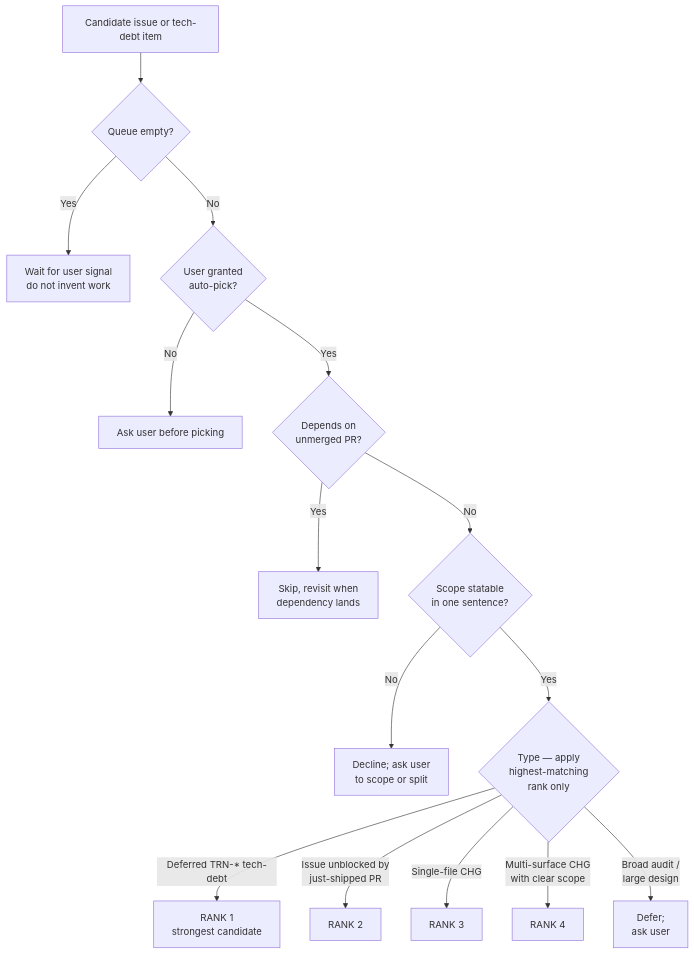
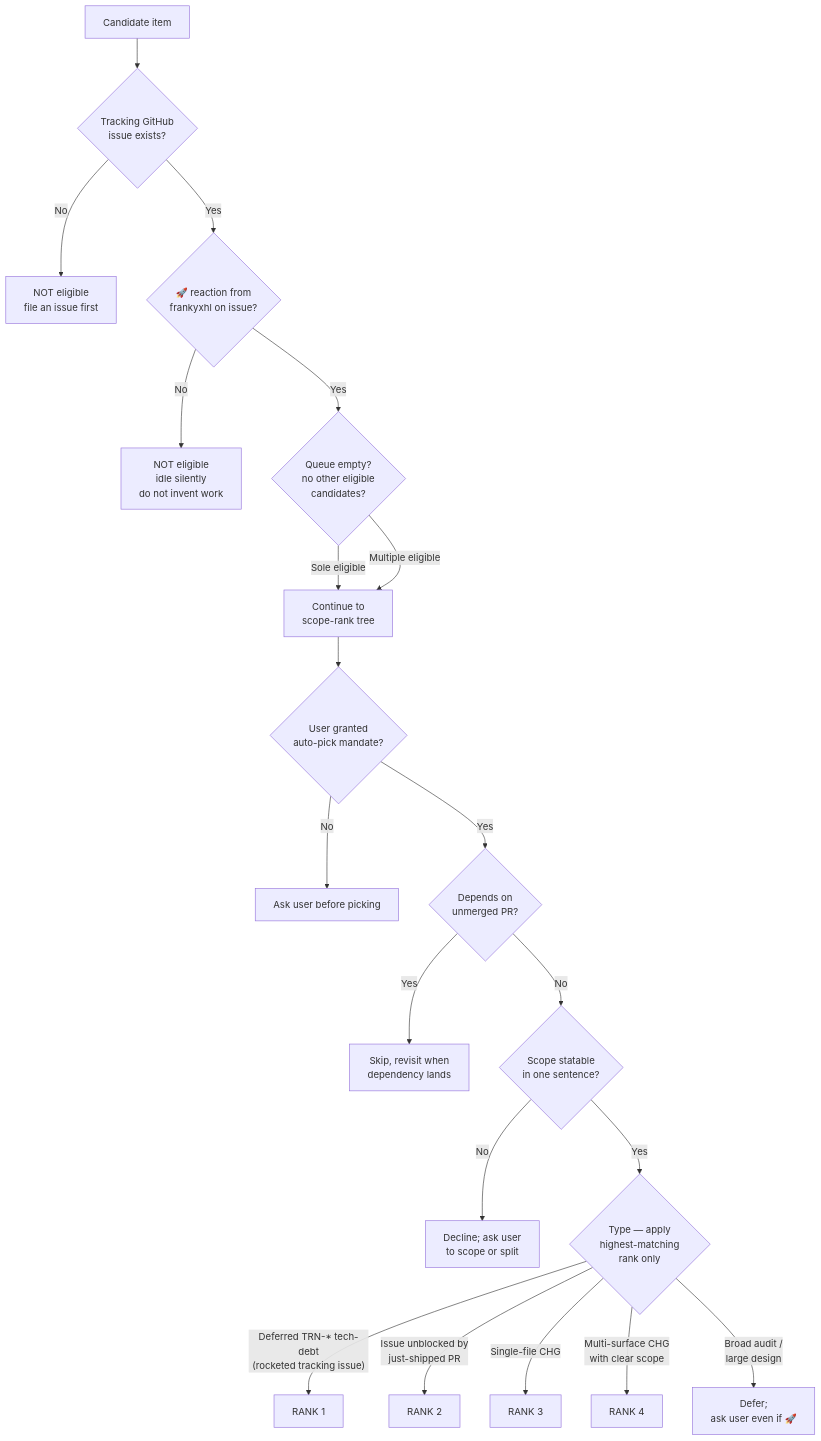
The first of 6 diagrams in rules/TRN-1008-SOP-Multi-Agent-Review-Loop.md (frankyxhl/trinity), drawn with Mermaid before and after one commit. The commit also changed other lines of this file, not shown here.

First line of the commit message:
TRN-1008 R4: rocket-gate security control for auto-pick

````diff
--- a/rules/TRN-1008-SOP-Multi-Agent-Review-Loop.md
+++ b/rules/TRN-1008-SOP-Multi-Agent-Review-Loop.md
@@ -69,17 +71,22 @@
 ```mermaid
 flowchart TD
-    A[Candidate issue or tech-debt item] --> Q{Queue empty?}
-    Q -- Yes --> Z0[Wait for user signal<br/>do not invent work]
-    Q -- No --> B{User granted<br/>auto-pick?}
+    A[Candidate item] --> G1{Tracking GitHub<br/>issue exists?}
+    G1 -- No --> Z_GATE_A[NOT eligible<br/>file an issue first]
+    G1 -- Yes --> G2{🚀 reaction from<br/>frankyxhl on issue?}
+    G2 -- No --> Z_GATE_B[NOT eligible<br/>idle silently<br/>do not invent work]
+    G2 -- Yes --> Q{Queue empty?<br/>no other eligible<br/>candidates?}
+    Q -- "Sole eligible" --> SCOPE
+    Q -- "Multiple eligible" --> SCOPE[Continue to<br/>scope-rank tree]
+    SCOPE --> B{User granted<br/>auto-pick mandate?}
     B -- No --> Z1[Ask user before picking]
     B -- Yes --> C{Depends on<br/>unmerged PR?}
     C -- Yes --> Z2[Skip, revisit when<br/>dependency lands]
     C -- No --> D{Scope statable<br/>in one sentence?}
     D -- No --> Z3[Decline; ask user<br/>to scope or split]
     D -- Yes --> E{Type — apply<br/>highest-matching<br/>rank only}
-    E -- Deferred TRN-* tech-debt --> R1[RANK 1<br/>strongest candidate]
+    E -- Deferred TRN-* tech-debt<br/>(rocketed tracking issue) --> R1[RANK 1]
     E -- Issue unblocked by<br/>just-shipped PR --> R2[RANK 2]
     E -- Single-file CHG --> R3[RANK 3]
     E -- Multi-surface CHG<br/>with clear scope --> R4[RANK 4]
-    E -- Broad audit /<br/>large design --> Z4[Defer;<br/>ask user]
+    E -- Broad audit /<br/>large design --> Z4[Defer;<br/>ask user even if 🚀]
 ```
````
